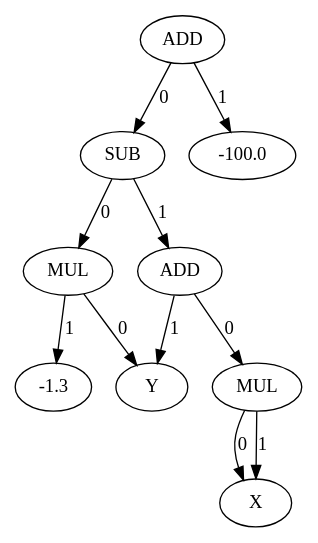
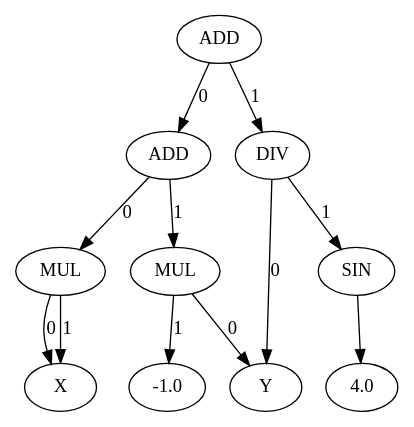
Before and after one commit to MathisBD/futhark-f-rep: the diagram in csg.dot, drawn with Graphviz. The commit also changed 5 other files, not shown here.

```diff
--- a/csg.dot
+++ b/csg.dot
@@ -1,21 +1,23 @@
-digraph "CSG-DAG with 9 nodes" {
-	1 [label=Y]
-	2 [label=-1.3]
-	3 [label=MUL]
-	3 -> 1 [label=0]
-	3 -> 2 [label=1]
-	4 [label=X]
+digraph "CSG-DAG with 10 nodes" {
+	1 [label=X]
+	2 [label=MUL]
+	2 -> 1 [label=0]
+	2 -> 1 [label=1]
+	3 [label=Y]
+	4 [label=-1.0]
 	5 [label=MUL]
-	5 -> 4 [label=0]
+	5 -> 3 [label=0]
 	5 -> 4 [label=1]
 	6 [label=ADD]
-	6 -> 5 [label=0]
-	6 -> 1 [label=1]
-	7 [label=SUB]
-	7 -> 3 [label=0]
-	7 -> 6 [label=1]
-	8 [label=-100.0]
-	9 [label=ADD]
-	9 -> 7 [label=0]
+	6 -> 2 [label=0]
+	6 -> 5 [label=1]
+	7 [label=4.0]
+	8 [label=SIN]
+	8 -> 7
+	9 [label=DIV]
+	9 -> 3 [label=0]
 	9 -> 8 [label=1]
+	10 [label=ADD]
+	10 -> 6 [label=0]
+	10 -> 9 [label=1]
 }
```
